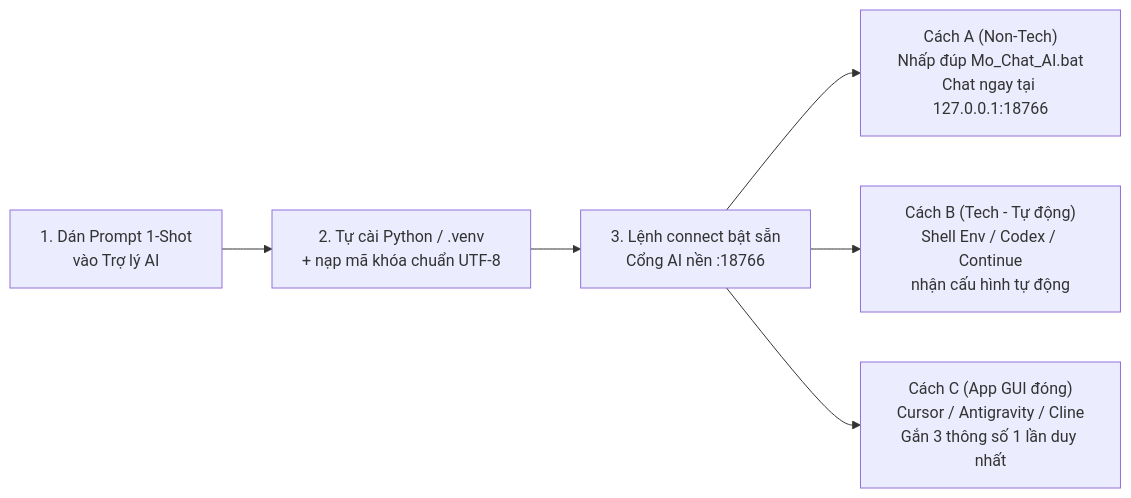
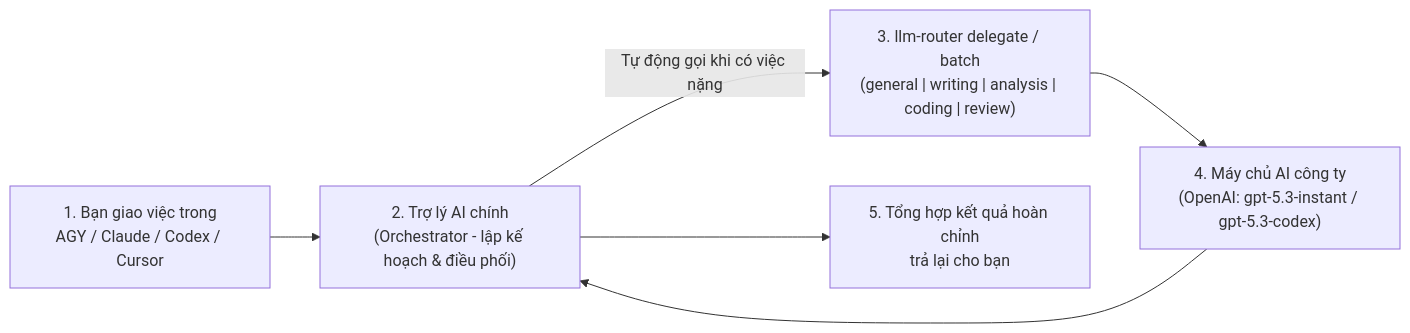
Before and after one commit to productaivn-wq/llm-provider-router: the diagram in docs/VISUAL_GUIDE_VI.md, drawn with Mermaid. The commit also changed other lines of this file and 15 other files, not shown here.

Commit message:
feat(v1.2.0): remove Web Chat UI and auto-wire Orchestrator + OpenAI sub-agent delegation

````diff
--- a/docs/VISUAL_GUIDE_VI.md
+++ b/docs/VISUAL_GUIDE_VI.md
@@ -20,8 +19,8 @@
 ```mermaid
 flowchart LR
-    A["1. Dán Prompt 1-Shot<br/>vào Trợ lý AI"] --> B["2. Tự cài Python / .venv<br/>+ nạp mã khóa chuẩn UTF-8"]
-    B --> C["3. Lệnh connect bật sẵn<br/>Cổng AI nền :18766"]
-    C --> D["Cách A (Non-Tech)<br/>Nhấp đúp Mo_Chat_AI.bat<br/>Chat ngay tại 127.0.0.1:18766"]
-    C --> E["Cách B (Tech - Tự động)<br/>Shell Env / Codex / Continue<br/>nhận cấu hình tự động"]
-    C --> F["Cách C (App GUI đóng)<br/>Cursor / Antigravity / Cline<br/>Gắn 3 thông số 1 lần duy nhất"]
+    U["1. Bạn giao việc trong<br/>AGY / Claude / Codex / Cursor"] --> O["2. Trợ lý AI chính<br/>(Orchestrator - lập kế hoạch & điều phối)"]
+    O -->|"Tự động gọi khi có việc nặng"| D["3. llm-router delegate / batch<br/>(general | writing | analysis | coding | review)"]
+    D --> P["4. Máy chủ AI công ty<br/>(OpenAI: gpt-5.3-instant / gpt-5.3-codex)"]
+    P --> O
+    O --> R["5. Tổng hợp kết quả hoàn chỉnh<br/>trả lại cho bạn"]
 ```
````
